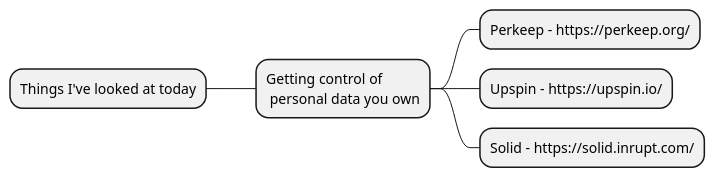
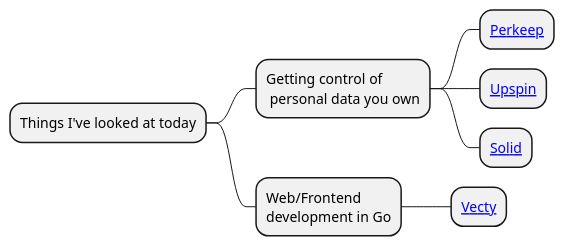
The diagram in sample.puml (marzolfb/gh-actions-plantuml-autogen-test), drawn with PlantUML before and after one commit. The commit also changed 2 other files, not shown here.

Commit message:
Cleanup and modified sample diagram a bit

```diff
--- a/sample.puml
+++ b/sample.puml
@@ -1,7 +1,9 @@
 @startmindmap
 * Things I've looked at today
 ** Getting control of \n personal data you own
-*** Perkeep - https://perkeep.org/
-*** Upspin - https://upspin.io/
-*** Solid - https://solid.inrupt.com/
+*** [[https://perkeep.org/ Perkeep]]
+*** [[https://upspin.io/ Upspin]]
+*** [[https://solid.inrupt.com/ Solid]]
+** Web/Frontend \ndevelopment in Go
+*** [[https://github.com/gopherjs/vecty Vecty]]
 @endmindmap
```
